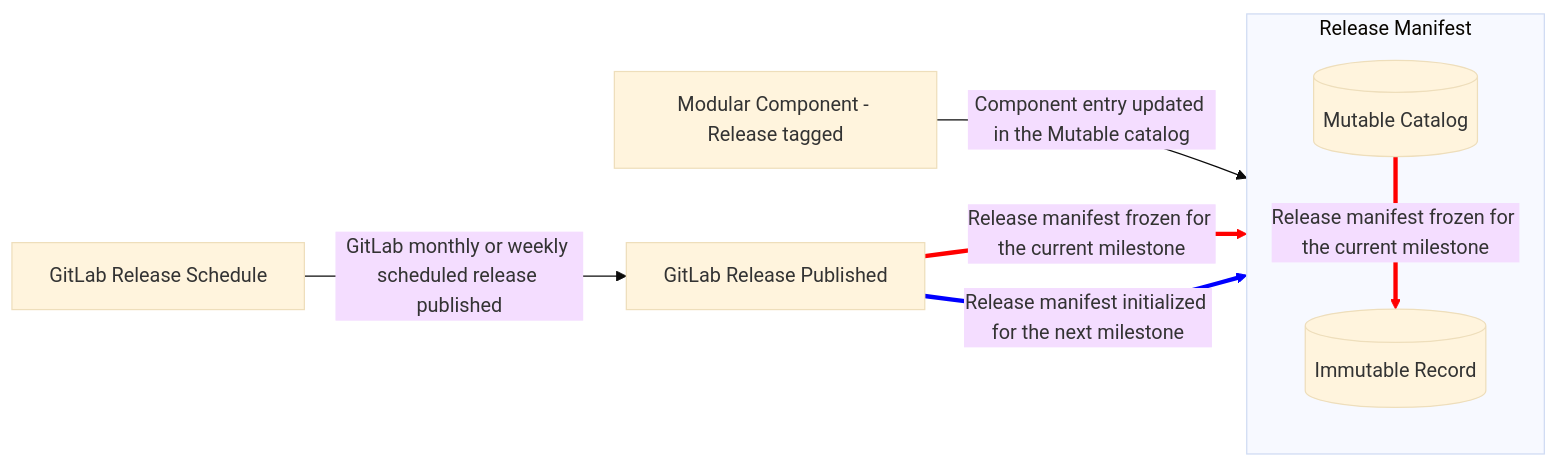
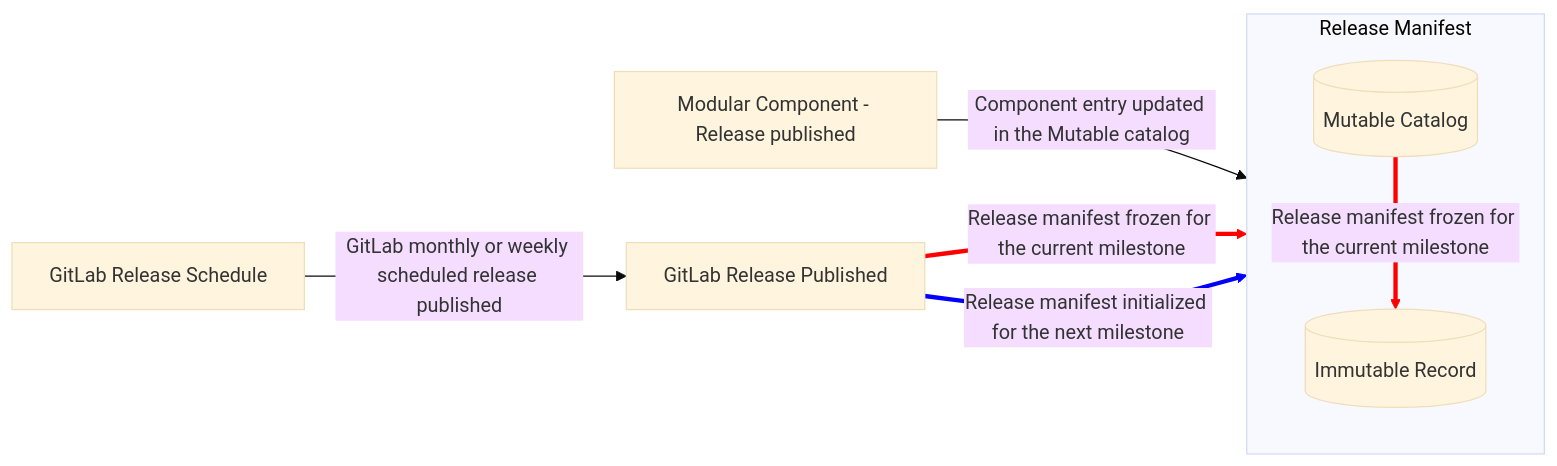
Before and after one commit to kyama0/gitlab-handbook-ja: the diagram in content/handbook/engineering/architecture/design-documents/release_manifest/_index.md, drawn with Mermaid (base theme). The commit also changed other lines of this file and 198 other files, not shown here.

````diff
--- a/content/handbook/engineering/architecture/design-documents/release_manifest/_index.md
+++ b/content/handbook/engineering/architecture/design-documents/release_manifest/_index.md
@@ -57,22 +57,22 @@
 ``` mermaid
 flowchart LR
-    MCR[Modular Component - Release tagged] -->|Component entry updated in the Mutable catalog| RMMut[(Mutable Catalog)]
+    MCR[Modular Component - Release published] -->|Component entry updated in the Mutable catalog| RMMut[(Mutable Catalog)]
 
     GRS[GitLab Release Schedule] -->|GitLab monthly or weekly scheduled release published| GRP[GitLab Release Published]
 
     GRP ==> |Release manifest frozen for the current milestone| RMMut
     GRP ==> |Release manifest initialized for the next milestone| RMMut
 
     subgraph RM[Release Manifest]
         direction TD
         RMMut
 
         RMMut ==>|Release manifest frozen for the current milestone| RMImmut[(Immutable Record)]
 
         RMImmut
     end
 
     linkStyle 2 stroke:red
     linkStyle 3 stroke:blue
     linkStyle 4 stroke:red
 ```
````
